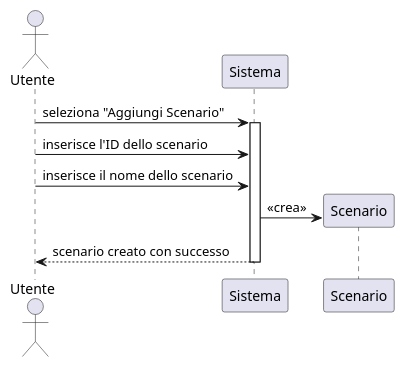
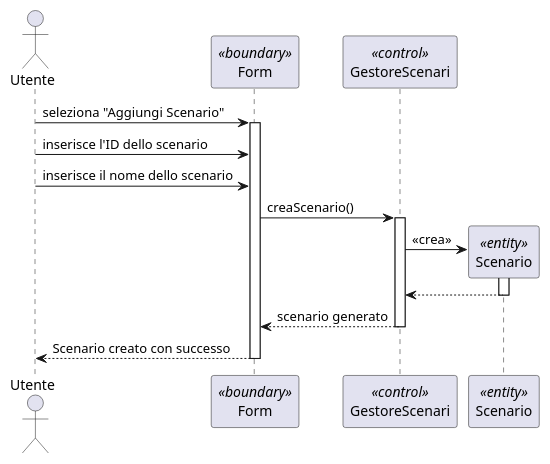
Before and after one commit to Mastronardidavide/Progetto_ing_del_software: the diagram in documenti vari/diagrammi di sequenza/Scenari/AggiungiScenario.puml, drawn with PlantUML. The commit also changed 55 other files, not shown here.

Commit message:
Correzione diagrammi di sequenza

```diff
--- a/documenti vari/diagrammi di sequenza/Scenari/AggiungiScenario.puml
+++ b/documenti vari/diagrammi di sequenza/Scenari/AggiungiScenario.puml
@@ -1,16 +1,26 @@
 @startuml
 actor Utente
-participant Sistema
-participant Scenario
+participant Form <<boundary>>
+participant GestoreScenari <<control>>
+participant Scenario <<entity>>
 
-Utente -> Sistema : seleziona "Aggiungi Scenario"
-activate Sistema
+Utente -> Form : seleziona "Aggiungi Scenario"
+activate Form
 
-Utente -> Sistema : inserisce l'ID dello scenario
-Utente -> Sistema : inserisce il nome dello scenario
+Utente -> Form : inserisce l'ID dello scenario
+Utente -> Form : inserisce il nome dello scenario
 
-Sistema -> Scenario ** : <<crea>>
+Form -> GestoreScenari : creaScenario()
+activate GestoreScenari
 
-Sistema --> Utente : scenario creato con successo
-deactivate Sistema
+GestoreScenari -> Scenario ** : <<crea>>
+activate Scenario
+Scenario --> GestoreScenari
+deactivate Scenario
+
+GestoreScenari --> Form : scenario generato
+deactivate GestoreScenari
+
+Form --> Utente : Scenario creato con successo
+deactivate Form
 @enduml
```
